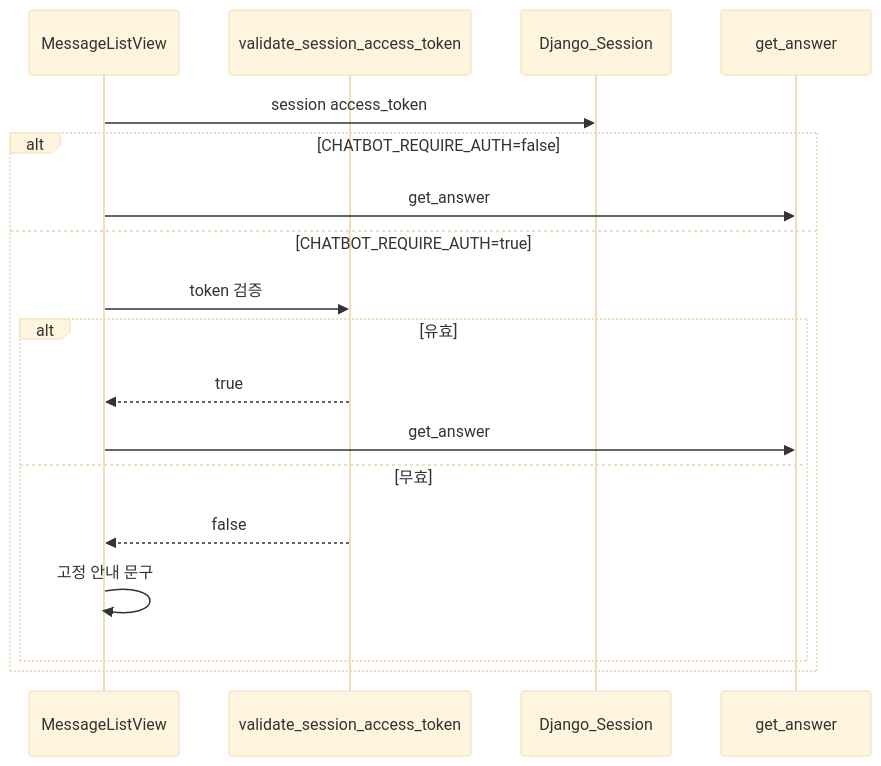
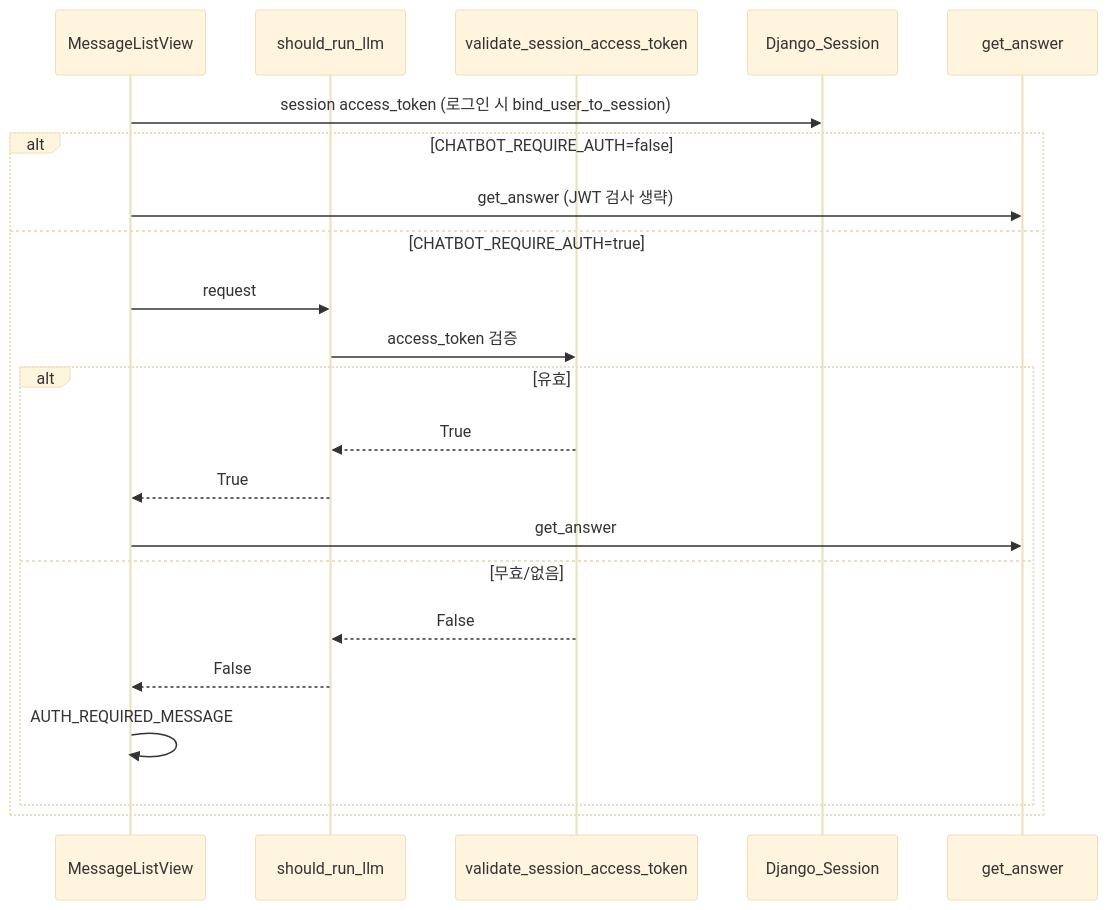
The second of 2 diagrams in docs/에픽03-JWT-LLM-게이트.md (EJ-pro/SKN27-4th-4team), drawn with Mermaid (base theme) before and after one commit. The commit also changed other lines of this file, not shown here.

````diff
--- a/docs/에픽03-JWT-LLM-게이트.md
+++ b/docs/에픽03-JWT-LLM-게이트.md
@@ -81,21 +195,25 @@
 ```mermaid
 sequenceDiagram
   participant ML as MessageListView
+  participant Gate as should_run_llm
   participant Auth as validate_session_access_token
   participant SE as Django_Session
   participant Bot as get_answer
 
-  ML->>SE: session access_token
+  ML->>SE: session access_token (로그인 시 bind_user_to_session)
   alt CHATBOT_REQUIRE_AUTH=false
-    ML->>Bot: get_answer
+    ML->>Bot: get_answer (JWT 검사 생략)
   else CHATBOT_REQUIRE_AUTH=true
-    ML->>Auth: token 검증
+    ML->>Gate: request
+    Gate->>Auth: access_token 검증
     alt 유효
-      Auth-->>ML: true
+      Auth-->>Gate: True
+      Gate-->>ML: True
       ML->>Bot: get_answer
-    else 무효
-      Auth-->>ML: false
-      ML->>ML: 고정 안내 문구
+    else 무효/없음
+      Auth-->>Gate: False
+      Gate-->>ML: False
+      ML->>ML: AUTH_REQUIRED_MESSAGE
     end
   end
 ```
````
